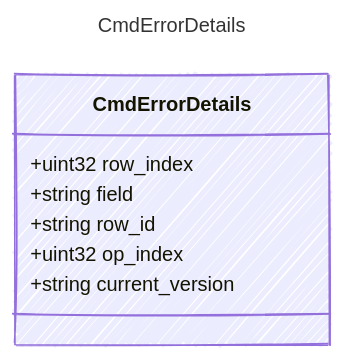
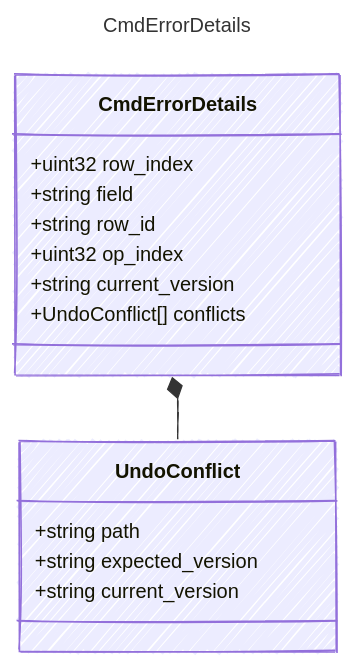
One commit to sethjuarez/cutready changed the diagram in contracts/generated/markdown/CmdErrorDetails.md. Above: the diagram before and after it, drawn with Mermaid. The commit also changed other lines of this file and 91 other files, not shown here.

````diff
--- a/contracts/generated/markdown/CmdErrorDetails.md
+++ b/contracts/generated/markdown/CmdErrorDetails.md
@@ -12,18 +12,25 @@
 ```mermaid
 ---
 title: CmdErrorDetails
 config:
   look: handDrawn
   theme: colorful
   class:
     hideEmptyMembersBox: true
 ---
 classDiagram
     class CmdErrorDetails {
         +uint32 row_index
         +string field
         +string row_id
         +uint32 op_index
         +string current_version
+        +UndoConflict[] conflicts
     }
+    class UndoConflict {
+        +string path
+        +string expected_version
+        +string current_version
+    }
+    CmdErrorDetails *-- UndoConflict
 ```
````
